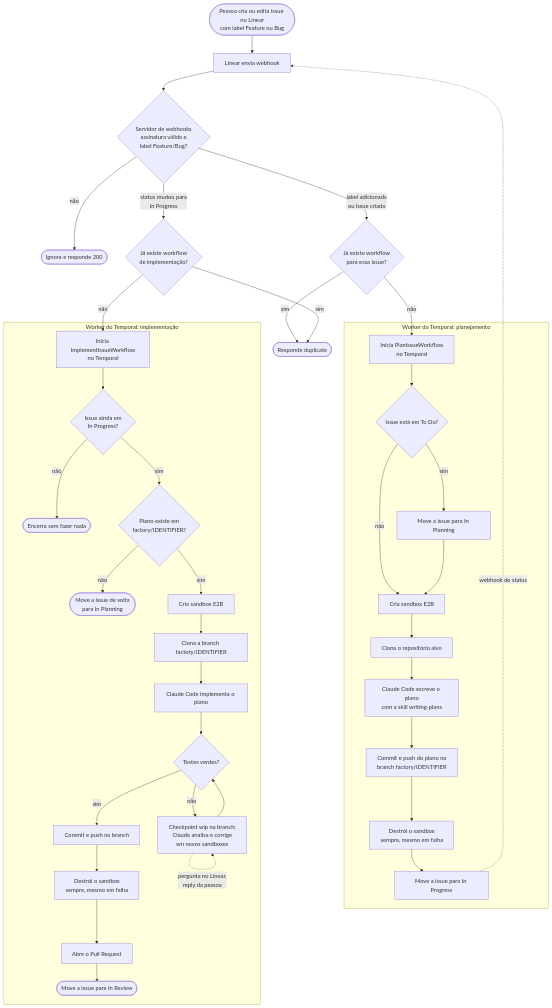
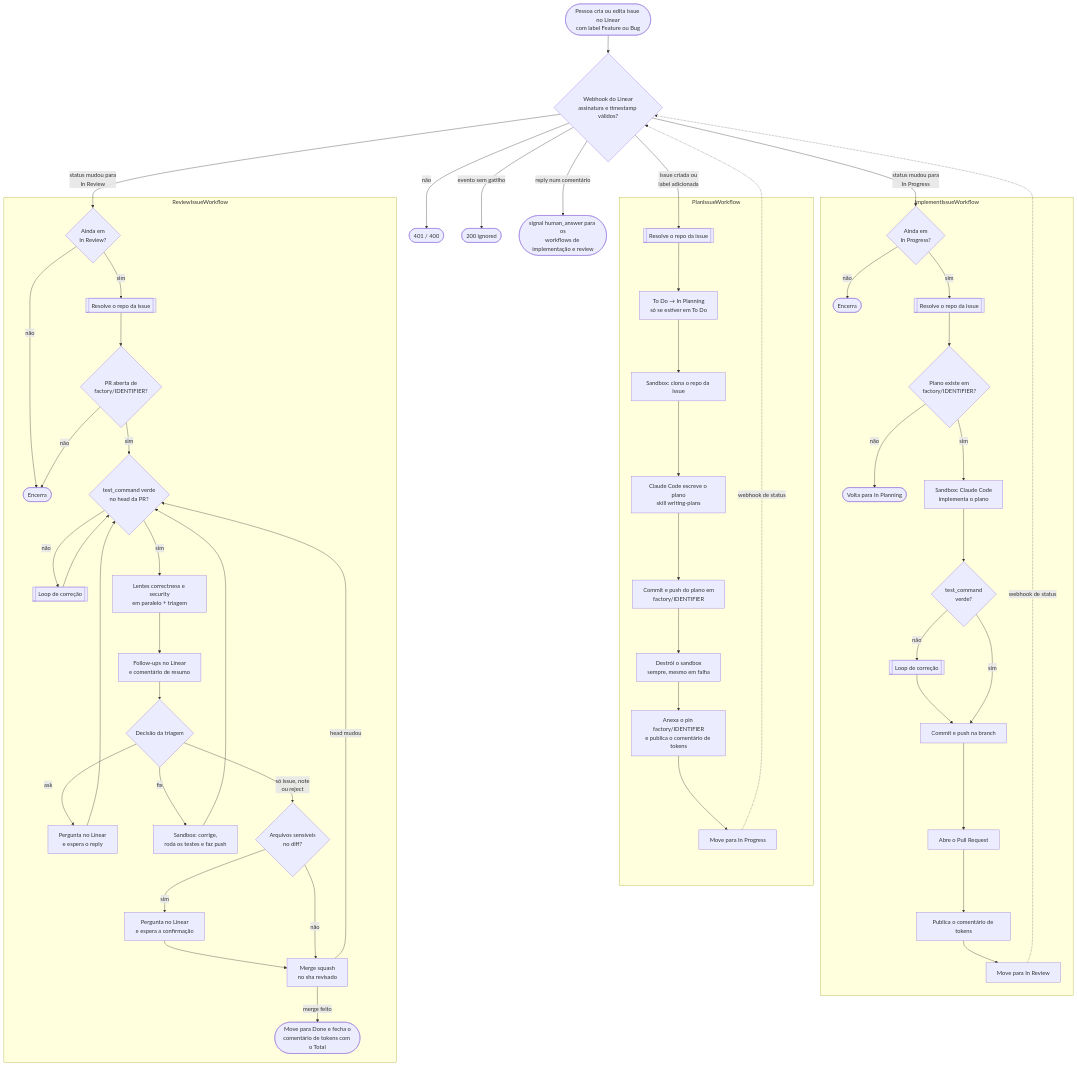
The second of 3 diagrams in README.md (joaovitorzanardo/software-factory), drawn with Mermaid before and after one commit. The commit also changed other lines of this file, not shown here.

Commit message:
docs: README com o funcionamento atual e diagramas atualizados
Visão geral dos componentes, ciclo completo da issue (planejamento,
implementação, review e merge) e loop de correção, incluindo resolução
do repo por projeto, GitHub App e comentário de tokens.

````diff
--- a/README.md
+++ b/README.md
@@ -29,44 +87,62 @@
 ```mermaid
 flowchart TD
-    A([Pessoa cria ou edita issue no Linear<br/>com label Feature ou Bug]) --> B[Linear envia webhook]
-    B --> C{Servidor de webhooks<br/>assinatura válida e<br/>label Feature/Bug?}
-    C -- não --> C1([Ignora e responde 200])
-    C -- "label adicionada<br/>ou issue criada" --> D{Já existe workflow<br/>para essa issue?}
-    C -- "status mudou para<br/>In Progress" --> P{Já existe workflow<br/>de implementação?}
-    D -- sim --> D1([Responde duplicate])
-    D -- não --> E[Inicia PlanIssueWorkflow<br/>no Temporal]
-    P -- sim --> D1
-    P -- não --> Q[Inicia ImplementIssueWorkflow<br/>no Temporal]
+    A(["Pessoa cria ou edita issue no Linear<br/>com label Feature ou Bug"]) --> W{"Webhook do Linear<br/>assinatura e timestamp válidos?"}
+    W -- "não" --> W0(["401 / 400"])
+    W -- "evento sem gatilho" --> W1(["200 ignored"])
+    W -- "issue criada ou<br/>label adicionada" --> P0
+    W -- "status mudou para<br/>In Progress" --> I0
+    W -- "status mudou para<br/>In Review" --> R0
+    W -- "reply num comentário" --> SIG(["signal human_answer para os<br/>workflows de implementação e review"])
 
-    subgraph W[Worker do Temporal: planejamento]
-        E --> F{Issue está em To Do?}
-        F -- sim --> F1[Move a issue para In Planning]
-        F -- não --> G
-        F1 --> G[Cria sandbox E2B]
-        G --> H[Clona o repositório alvo]
-        H --> I[Claude Code escreve o plano<br/>com a skill writing-plans]
-        I --> J[Commit e push do plano na<br/>branch factory/IDENTIFIER]
-        J --> K[Destrói o sandbox<br/>sempre, mesmo em falha]
-        K --> L[Move a issue para In Progress]
+    subgraph PLAN["PlanIssueWorkflow"]
+        P0[["Resolve o repo da issue"]] --> P0b["To Do → In Planning<br/>só se estiver em To Do"]
+        P0b --> P1["Sandbox: clona o repo da issue"]
+        P1 --> P2["Claude Code escreve o plano<br/>skill writing-plans"]
+        P2 --> P3["Commit e push do plano em<br/>factory/IDENTIFIER"]
+        P3 --> P4["Destrói o sandbox<br/>sempre, mesmo em falha"]
+        P4 --> P4b["Anexa o pin factory/IDENTIFIER<br/>e publica o comentário de tokens"]
+        P4b --> P5["Move para In Progress"]
     end
 
-    L -. webhook de status .-> B
+    P5 -. "webhook de status" .-> W
 
-    subgraph X[Worker do Temporal: implementação]
-        Q --> R{Issue ainda em<br/>In Progress?}
-        R -- não --> R1([Encerra sem fazer nada])
-        R -- sim --> S{Plano existe em<br/>factory/IDENTIFIER?}
-        S -- não --> S1([Move a issue de volta<br/>para In Planning])
-        S -- sim --> T[Cria sandbox E2B]
-        T --> U[Clona a branch factory/IDENTIFIER]
-        U --> V[Claude Code implementa o plano]
-        V --> Y{Testes verdes?}
-        Y -- não --> Y1[Checkpoint wip na branch;<br/>Claude analisa e corrige<br/>em novos sandboxes]
-        Y1 -. pergunta no Linear,<br/>reply da pessoa .-> Y1
-        Y1 --> Y
-        Y -- sim --> Z[Commit e push na branch]
-        Z --> Z1[Destrói o sandbox<br/>sempre, mesmo em falha]
-        Z1 --> Z2[Abre o Pull Request]
-        Z2 --> Z3([Move a issue para In Review])
+    subgraph IMPL["ImplementIssueWorkflow"]
+        I0{"Ainda em<br/>In Progress?"} -- "não" --> I0x(["Encerra"])
+        I0 -- "sim" --> I0r[["Resolve o repo da issue"]]
+        I0r --> I1{"Plano existe em<br/>factory/IDENTIFIER?"}
+        I1 -- "não" --> I1x(["Volta para In Planning"])
+        I1 -- "sim" --> I2["Sandbox: Claude Code<br/>implementa o plano"]
+        I2 --> I3{"test_command<br/>verde?"}
+        I3 -- "não" --> FIX1[["Loop de correção"]]
+        FIX1 --> I4
+        I3 -- "sim" --> I4["Commit e push na branch"]
+        I4 --> I5["Abre o Pull Request"]
+        I5 --> I5b["Publica o comentário de tokens"]
+        I5b --> I6["Move para In Review"]
+    end
+
+    I6 -. "webhook de status" .-> W
+
+    subgraph REV["ReviewIssueWorkflow"]
+        R0{"Ainda em<br/>In Review?"} -- "não" --> R0x(["Encerra"])
+        R0 -- "sim" --> R0r[["Resolve o repo da issue"]]
+        R0r --> R0p{"PR aberta de<br/>factory/IDENTIFIER?"}
+        R0p -- "não" --> R0x
+        R0p -- "sim" --> R1{"test_command verde<br/>no head da PR?"}
+        R1 -- "não" --> FIX2[["Loop de correção"]]
+        FIX2 --> R1
+        R1 -- "sim" --> R2["Lentes correctness e security<br/>em paralelo + triagem"]
+        R2 --> R3["Follow-ups no Linear<br/>e comentário de resumo"]
+        R3 --> R4{"Decisão da triagem"}
+        R4 -- "ask" --> R4q["Pergunta no Linear<br/>e espera o reply"]
+        R4q --> R1
+        R4 -- "fix" --> R5["Sandbox: corrige,<br/>roda os testes e faz push"]
+        R5 --> R1
+        R4 -- "só issue, note<br/>ou reject" --> R6{"Arquivos sensíveis<br/>no diff?"}
+        R6 -- "sim" --> R7["Pergunta no Linear<br/>e espera a confirmação"]
+        R7 --> R8
+        R6 -- "não" --> R8["Merge squash<br/>no sha revisado"]
+        R8 -- "head mudou" --> R1
+        R8 -- "merge feito" --> R9(["Move para Done e fecha o<br/>comentário de tokens com o Total"])
     end
 ```
````
